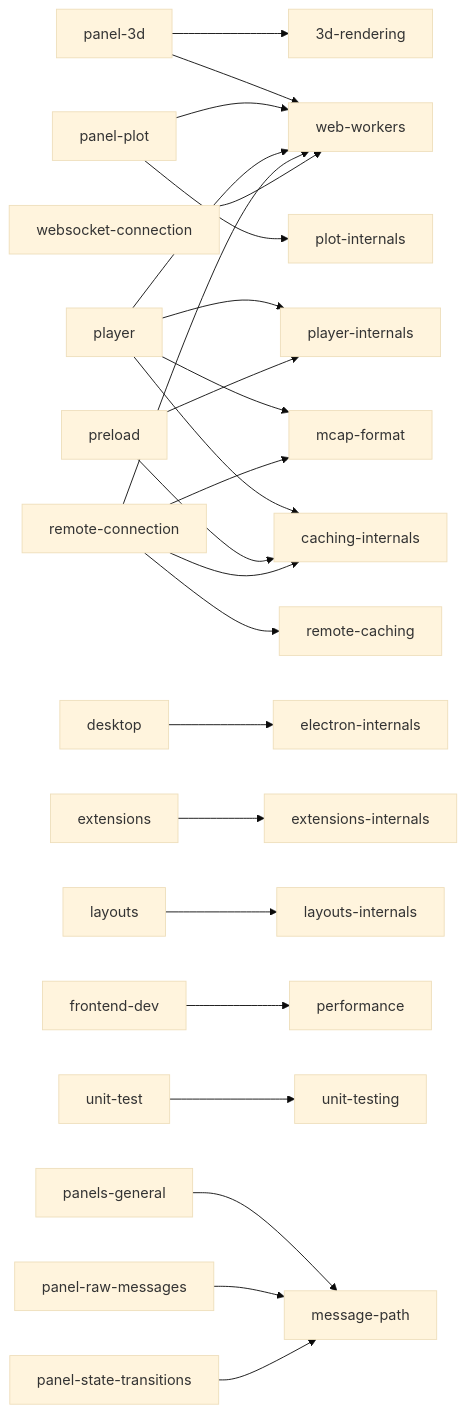
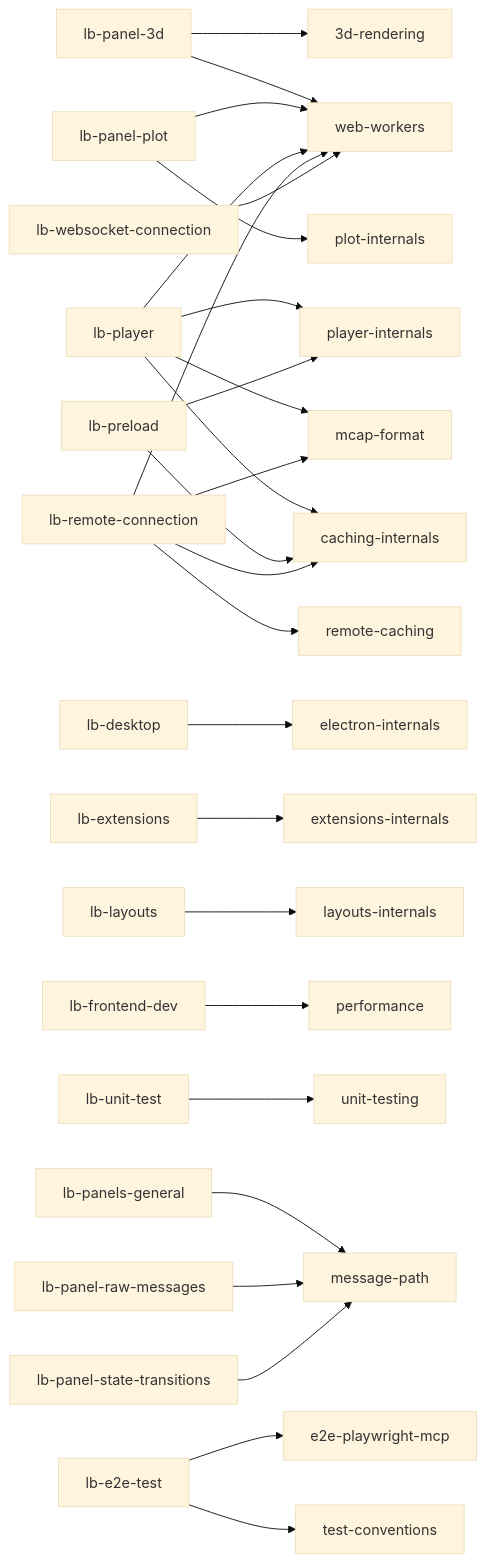
The diagram in docs/ai-agents/README.md (lichtblick-suite/lichtblick), drawn with Mermaid (base theme) before and after one commit. The commit also changed other lines of this file and 25 other files, not shown here.

````diff
--- a/docs/ai-agents/README.md
+++ b/docs/ai-agents/README.md
@@ -103,26 +106,28 @@
 ```mermaid
 graph LR
-    panel-3d --> 3d-rendering
-    panel-3d --> web-workers
-    panel-plot --> plot-internals
-    panel-plot --> web-workers
-    player --> player-internals
-    player --> mcap-format
-    player --> web-workers
-    player --> caching-internals
-    preload --> caching-internals
-    preload --> player-internals
-    remote-connection --> remote-caching
-    remote-connection --> mcap-format
-    remote-connection --> web-workers
-    remote-connection --> caching-internals
-    websocket-connection --> web-workers
-    desktop --> electron-internals
-    extensions --> extensions-internals
-    layouts --> layouts-internals
-    frontend-dev --> performance
-    unit-test --> unit-testing
-    panels-general --> message-path
-    panel-raw-messages --> message-path
-    panel-state-transitions --> message-path
+    lb-panel-3d --> 3d-rendering
+    lb-panel-3d --> web-workers
+    lb-panel-plot --> plot-internals
+    lb-panel-plot --> web-workers
+    lb-player --> player-internals
+    lb-player --> mcap-format
+    lb-player --> web-workers
+    lb-player --> caching-internals
+    lb-preload --> caching-internals
+    lb-preload --> player-internals
+    lb-remote-connection --> remote-caching
+    lb-remote-connection --> mcap-format
+    lb-remote-connection --> web-workers
+    lb-remote-connection --> caching-internals
+    lb-websocket-connection --> web-workers
+    lb-desktop --> electron-internals
+    lb-extensions --> extensions-internals
+    lb-layouts --> layouts-internals
+    lb-frontend-dev --> performance
+    lb-unit-test --> unit-testing
+    lb-panels-general --> message-path
+    lb-panel-raw-messages --> message-path
+    lb-panel-state-transitions --> message-path
+    lb-e2e-test --> e2e-playwright-mcp
+    lb-e2e-test --> test-conventions
 ```
````
